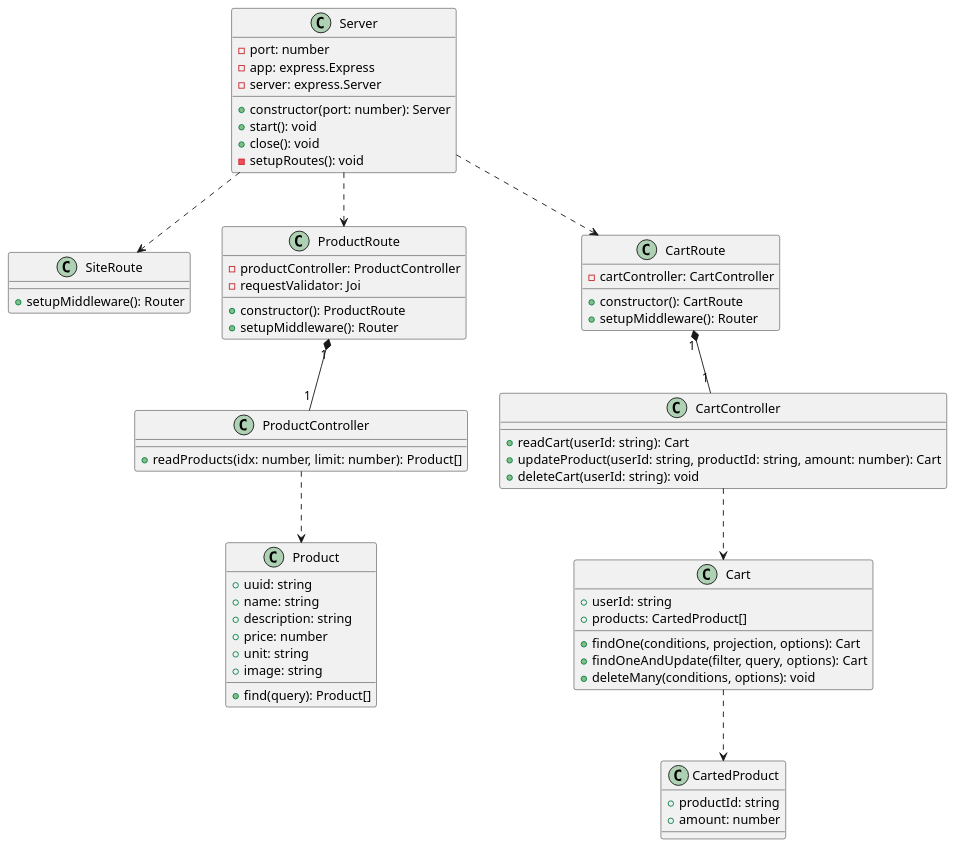
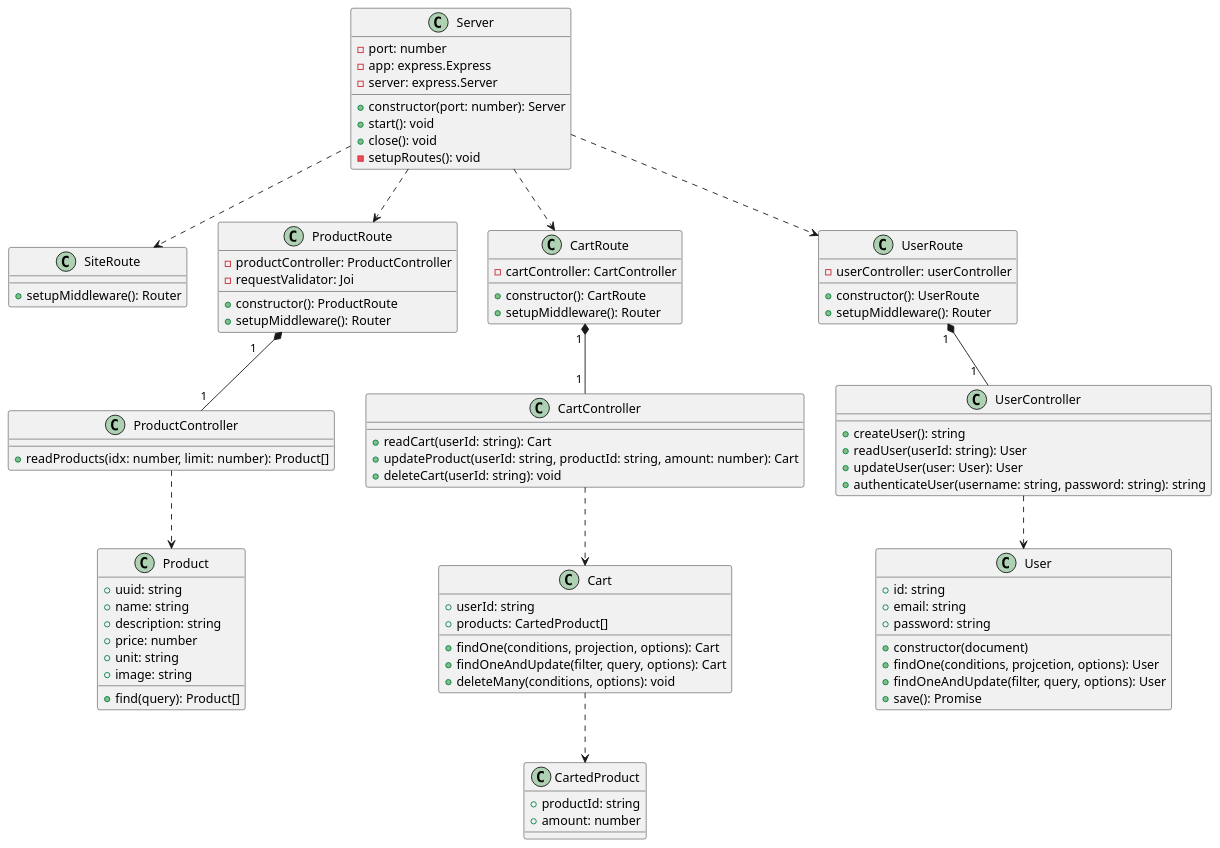
One commit to sofush/grontsag changed the diagram in diagram/class-diagram.puml. Above: the diagram before and after it, drawn with PlantUML.

Commit message:
docs: update class diagram

```diff
--- a/diagram/class-diagram.puml
+++ b/diagram/class-diagram.puml
@@ -1,76 +1,101 @@
 @startuml class diagram
 scale 1920*1080
 
 ' Classes
 class Server {
   - port: number
   - app: express.Express
   - server: express.Server
   + constructor(port: number): Server
   + start(): void
   + close(): void
   - setupRoutes(): void
 }
 class SiteRoute {
   + setupMiddleware(): Router
 }
 
 ' Classes - Product
 class ProductRoute {
   - productController: ProductController
   - requestValidator: Joi
   + constructor(): ProductRoute
   + setupMiddleware(): Router
 }
 class ProductController {
   + readProducts(idx: number, limit: number): Product[]
 }
 class Product {
   + uuid: string
   + name: string
   + description: string
   + price: number
   + unit: string
   + image: string
   + find(query): Product[]
 }
 
 ' Classes - Cart
 class CartRoute {
   - cartController: CartController
   + constructor(): CartRoute
   + setupMiddleware(): Router
 }
 class CartController {
   + readCart(userId: string): Cart
   + updateProduct(userId: string, productId: string, amount: number): Cart
   + deleteCart(userId: string): void
 }
 class Cart {
   + userId: string
   + products: CartedProduct[]
   + findOne(conditions, projection, options): Cart
   + findOneAndUpdate(filter, query, options): Cart
   + deleteMany(conditions, options): void
 }
 class CartedProduct {
   + productId: string
   + amount: number
 }
 
+' Classes - User
+class UserRoute {
+  - userController: userController
+  + constructor(): UserRoute
+  + setupMiddleware(): Router
+}
+class UserController {
+  + createUser(): string
+  + readUser(userId: string): User
+  + updateUser(user: User): User
+  + authenticateUser(username: string, password: string): string
+}
+class User {
+  + constructor(document)
+  + id: string
+  + email: string
+  + password: string
+  + findOne(conditions, projcetion, options): User
+  + findOneAndUpdate(filter, query, options): User
+  + save(): Promise
+}
+
 ' Relationships from Server to routes
 Server ..> ProductRoute
 Server ..> CartRoute
 Server ..> SiteRoute
+Server ..> UserRoute
 
 ' Relationships from routes to controllers
-ProductRoute "1" *-- "1" ProductController
-CartRoute "1" *-- "1" CartController
+ProductRoute "1\t" *-- "1" ProductController
+CartRoute "1 " *-- "1 " CartController
+UserRoute "1 " *-- "1  " UserController
 
 ' Relationships from controllers to models
 ProductController ..> Product
 CartController ..> Cart
+UserController ..> User
 
 ' Relationships between models
 Cart ..> CartedProduct
 @enduml
```
